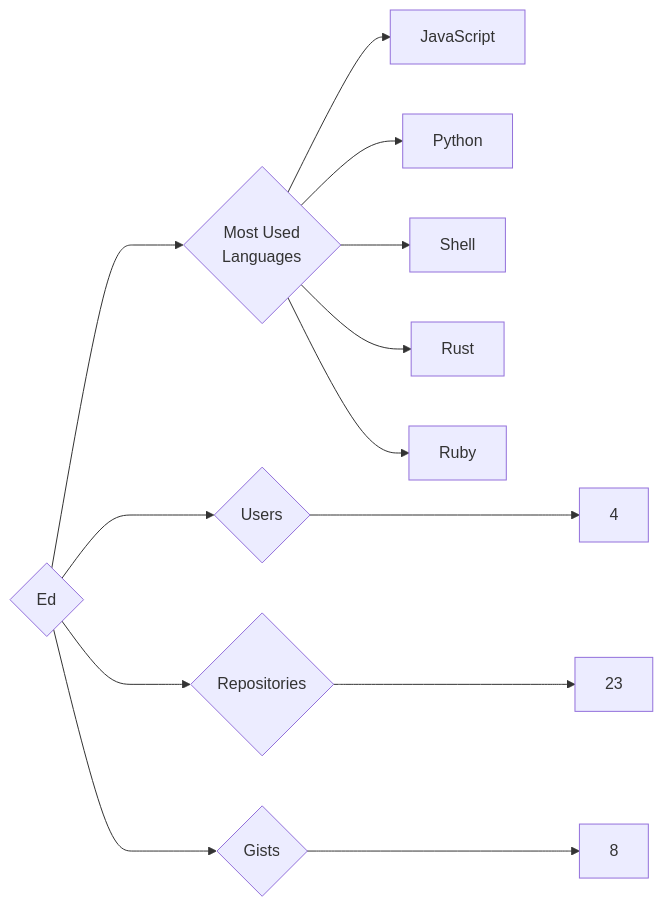
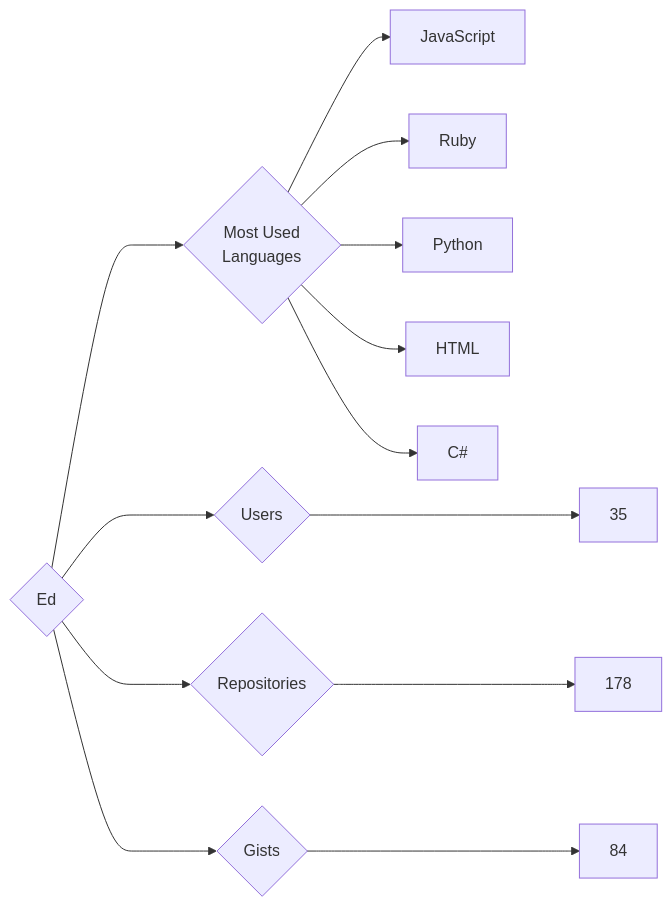
The diagram in targets/Ed/README.md (trickest/insiders), drawn with Mermaid before and after one commit. The commit also changed 594 other files, not shown here.

````diff
--- a/targets/Ed/README.md
+++ b/targets/Ed/README.md
@@ -3,13 +3,13 @@
 ```mermaid
 graph LR
 COMPANY_NAME{Ed}
-COMPANY_NAME ---> U{Users} ---> UN[4]
-COMPANY_NAME ---> R{Repositories} ---> RN[23]
-COMPANY_NAME ---> G{Gists} ---> GN[8]
+COMPANY_NAME ---> U{Users} ---> UN[35]
+COMPANY_NAME ---> R{Repositories} ---> RN[178]
+COMPANY_NAME ---> G{Gists} ---> GN[84]
 COMPANY_NAME ---> ML{Most Used<br>Languages}
 ML --> JavaScript[JavaScript]
+ML --> Ruby[Ruby]
 ML --> Python[Python]
-ML --> Shell[Shell]
-ML --> Rust[Rust]
-ML --> Ruby[Ruby]
+ML --> HTML[HTML]
+ML --> C#[C#]
 ```
````
